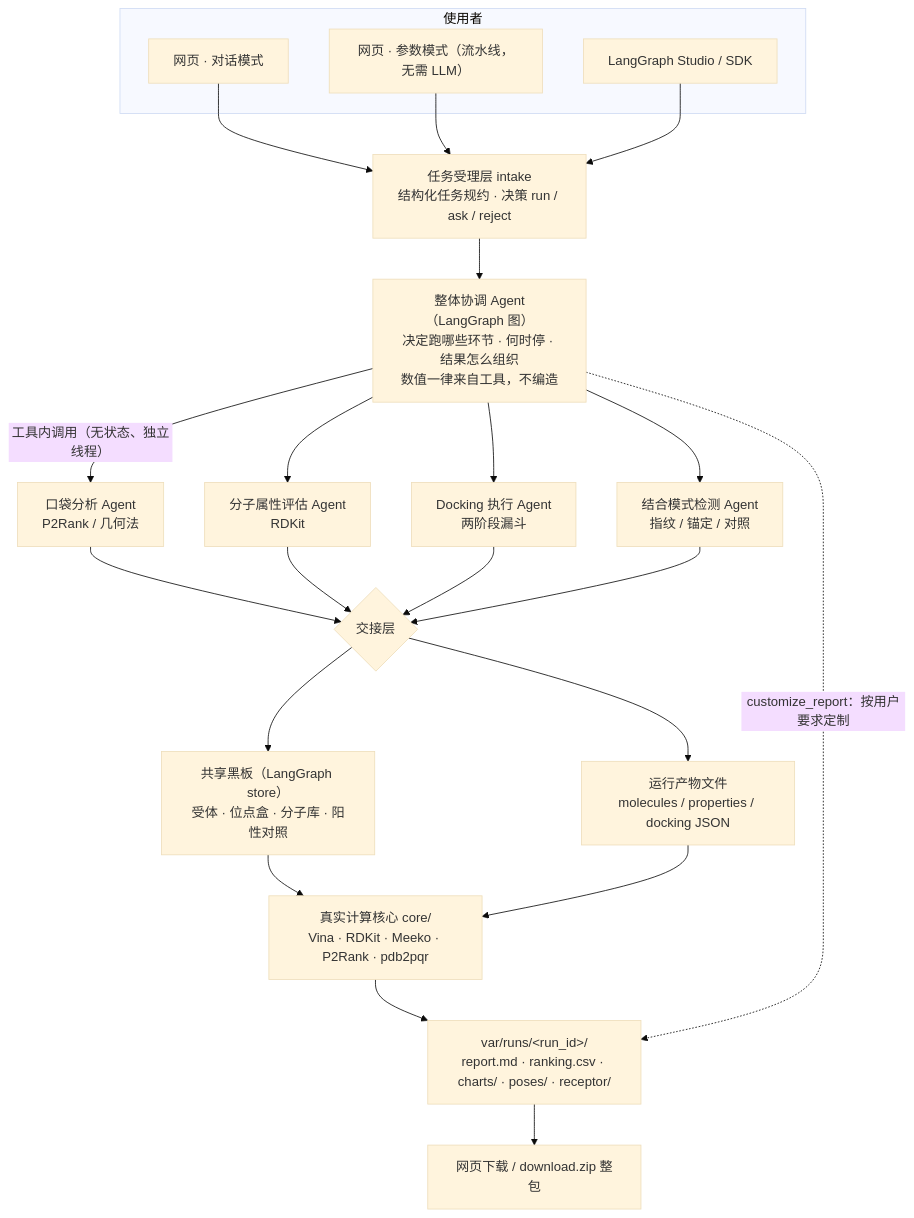
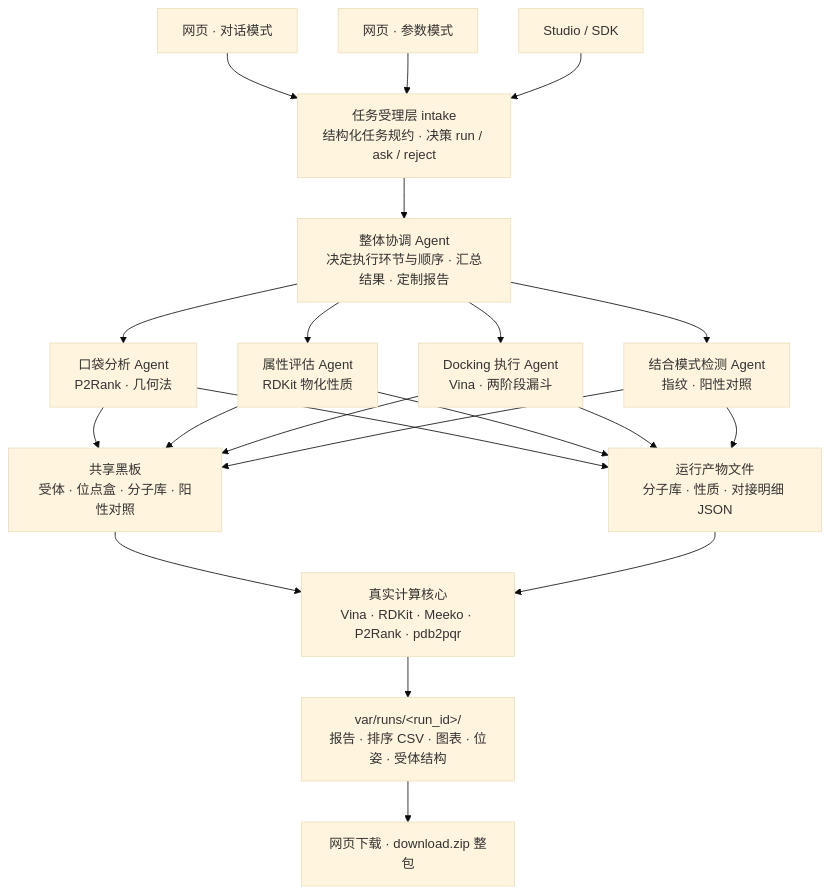
The diagram in README.md (yuhao233/Docking-Multi-agent), drawn with Mermaid (base theme) before and after one commit. The commit also changed other lines of this file and 3 other files, not shown here.

First line of the commit message:
docs(readme): 去掉括号注释与提示腔，架构图改为疏排

````diff
--- a/README.md
+++ b/README.md
@@ -60,27 +51,17 @@
 ```mermaid
 flowchart TB
-    subgraph U["使用者"]
-        U1["网页 · 对话模式"]
-        U2["网页 · 参数模式（流水线，无需 LLM）"]
-        U3["LangGraph Studio / SDK"]
-    end
-
-    U1 & U2 & U3 --> INTAKE["任务受理层 intake<br/>结构化任务规约 · 决策 run / ask / reject"]
-
-    INTAKE --> COORD["整体协调 Agent（LangGraph 图）<br/>决定跑哪些环节 · 何时停 · 结果怎么组织<br/>数值一律来自工具，不编造"]
-
-    COORD -->|"工具内调用（无状态、独立线程）"| W1["口袋分析 Agent<br/>P2Rank / 几何法"]
-    COORD --> W2["分子属性评估 Agent<br/>RDKit"]
-    COORD --> W3["Docking 执行 Agent<br/>两阶段漏斗"]
-    COORD --> W4["结合模式检测 Agent<br/>指纹 / 锚定 / 对照"]
-
-    W1 & W2 & W3 & W4 --> SHARE{"交接层"}
-    SHARE --> BB["共享黑板（LangGraph store）<br/>受体 · 位点盒 · 分子库 · 阳性对照"]
-    SHARE --> FILES["运行产物文件<br/>molecules / properties / docking JSON"]
-
-    BB & FILES --> CORE["真实计算核心 core/<br/>Vina · RDKit · Meeko · P2Rank · pdb2pqr"]
-    CORE --> OUT["var/runs/&lt;run_id&gt;/<br/>report.md · ranking.csv · charts/ · poses/ · receptor/"]
-    OUT --> DL["网页下载 / download.zip 整包"]
-
-    COORD -.->|"customize_report：按用户要求定制"| OUT
+    U1["网页 · 对话模式"] --> INTAKE
+    U2["网页 · 参数模式"] --> INTAKE
+    U3["Studio / SDK"] --> INTAKE
+    INTAKE["任务受理层 intake<br/>结构化任务规约 · 决策 run / ask / reject"] --> COORD
+    COORD["整体协调 Agent<br/>决定执行环节与顺序 · 汇总结果 · 定制报告"]
+    COORD --> W1["口袋分析 Agent<br/>P2Rank · 几何法"]
+    COORD --> W2["属性评估 Agent<br/>RDKit 物化性质"]
+    COORD --> W3["Docking 执行 Agent<br/>Vina · 两阶段漏斗"]
+    COORD --> W4["结合模式检测 Agent<br/>指纹 · 阳性对照"]
+    W1 & W2 & W3 & W4 --> BB["共享黑板<br/>受体 · 位点盒 · 分子库 · 阳性对照"]
+    W1 & W2 & W3 & W4 --> FILES["运行产物文件<br/>分子库 · 性质 · 对接明细 JSON"]
+    BB & FILES --> CORE["真实计算核心<br/>Vina · RDKit · Meeko · P2Rank · pdb2pqr"]
+    CORE --> OUT["var/runs/&lt;run_id&gt;/<br/>报告 · 排序 CSV · 图表 · 位姿 · 受体结构"]
+    OUT --> DL["网页下载 · download.zip 整包"]
 ```
````
